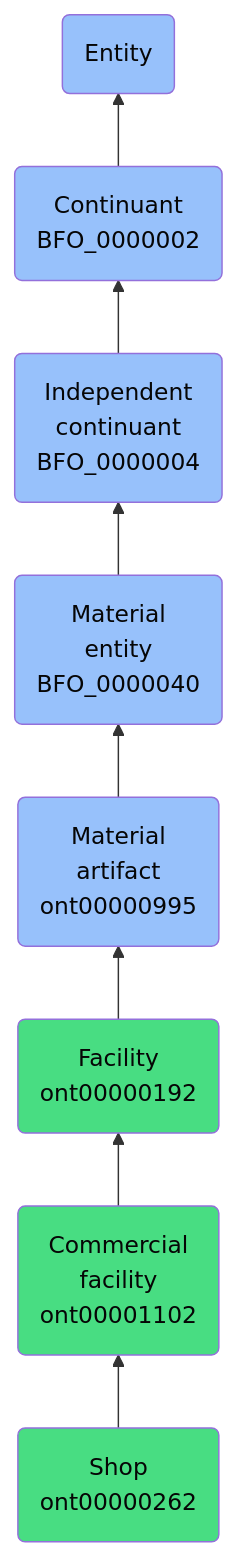
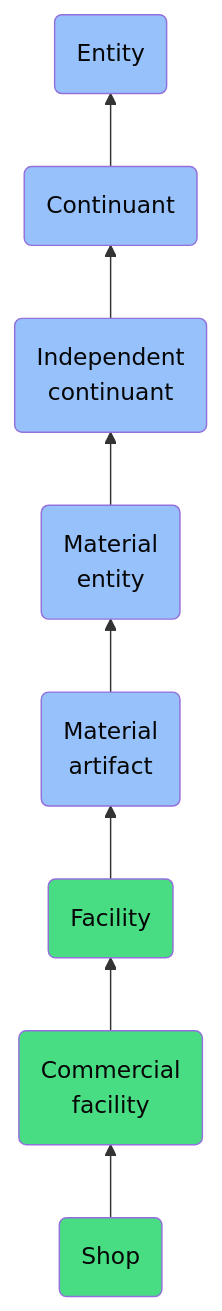
One commit to jupyter-naas/abi changed the diagram in docs/ontology/reference/model/Entity/Continuant/Independent continuant/Material entity/Material artifact/Facility/Commercial facility/Shop/Shop.md. Above: the diagram before and after it, drawn with Mermaid. The commit also changed other lines of this file and 1430 other files, not shown here.

````diff
--- a/docs/ontology/reference/model/Entity/Continuant/Independent continuant/Material entity/Material artifact/Facility/Commercial facility/Shop/Shop.md
+++ b/docs/ontology/reference/model/Entity/Continuant/Independent continuant/Material entity/Material artifact/Facility/Commercial facility/Shop/Shop.md
@@ -24,15 +24,15 @@
 ```mermaid
 graph BT
-    ont00000262(Shop<br>ont00000262):::ABI-->ont00001102
-    ont00001102(Commercial<br>facility<br>ont00001102):::ABI-->ont00000192
-    ont00000192(Facility<br>ont00000192):::ABI-->ont00000995
-    ont00000995(Material<br>artifact<br>ont00000995):::BFO-->BFO_0000040
-    BFO_0000040(Material<br>entity<br>BFO_0000040):::BFO-->BFO_0000004
-    BFO_0000004(Independent<br>continuant<br>BFO_0000004):::BFO-->BFO_0000002
-    BFO_0000002(Continuant<br>BFO_0000002):::BFO-->BFO_0000001
+    ont00000262(Shop):::ABI-->ont00001102
+    ont00001102(Commercial<br>facility):::ABI-->ont00000192
+    ont00000192(Facility):::ABI-->ont00000995
+    ont00000995(Material<br>artifact):::BFO-->BFO_0000040
+    BFO_0000040(Material<br>entity):::BFO-->BFO_0000004
+    BFO_0000004(Independent<br>continuant):::BFO-->BFO_0000002
+    BFO_0000002(Continuant):::BFO-->BFO_0000001
     BFO_0000001(Entity):::BFO
     
     classDef BFO fill:#97c1fb,color:#060606
     classDef CCO fill:#e4c51e,color:#060606
     classDef ABI fill:#48DD82,color:#060606
 ```
````
